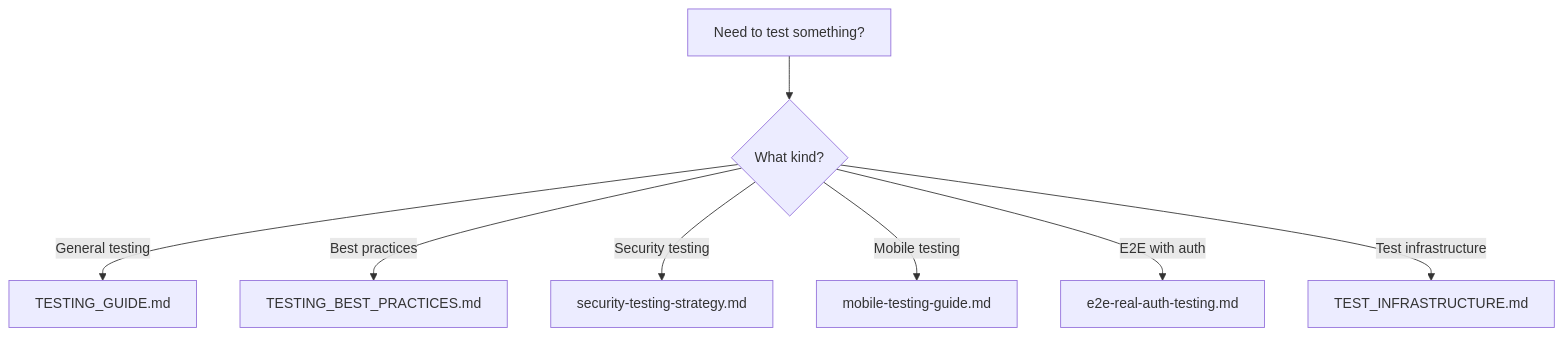
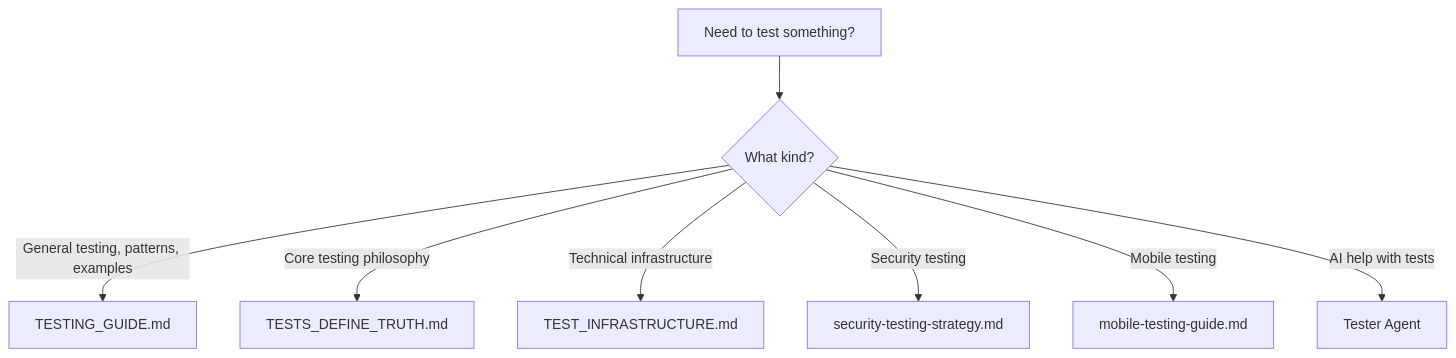
One commit to Aeonia-ai/gaia changed the diagram in docs/testing/README.md. Above: the diagram before and after it, drawn with Mermaid. The commit also changed other lines of this file and 27 other files, not shown here.

````diff
--- a/docs/testing/README.md
+++ b/docs/testing/README.md
@@ -37,10 +37,10 @@
 ```mermaid
 graph TD
     A[Need to test something?] --> B{What kind?}
-    B -->|General testing| C[TESTING_GUIDE.md]
-    B -->|Best practices| D[TESTING_BEST_PRACTICES.md]
-    B -->|Security testing| E[security-testing-strategy.md]
-    B -->|Mobile testing| F[mobile-testing-guide.md]
-    B -->|E2E with auth| G[e2e-real-auth-testing.md]
-    B -->|Test infrastructure| H[TEST_INFRASTRUCTURE.md]
+    B -->|General testing, patterns, examples| C[TESTING_GUIDE.md]
+    B -->|Core testing philosophy| D[TESTS_DEFINE_TRUTH.md]
+    B -->|Technical infrastructure| E[TEST_INFRASTRUCTURE.md]
+    B -->|Security testing| F[security-testing-strategy.md]
+    B -->|Mobile testing| G[mobile-testing-guide.md]
+    B -->|AI help with tests| H[Tester Agent]
 ```
````
